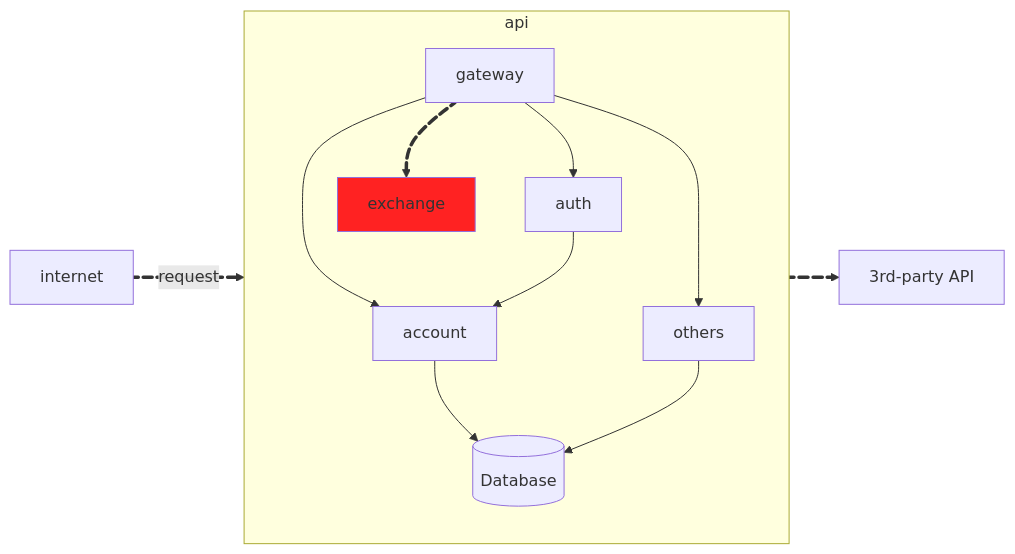
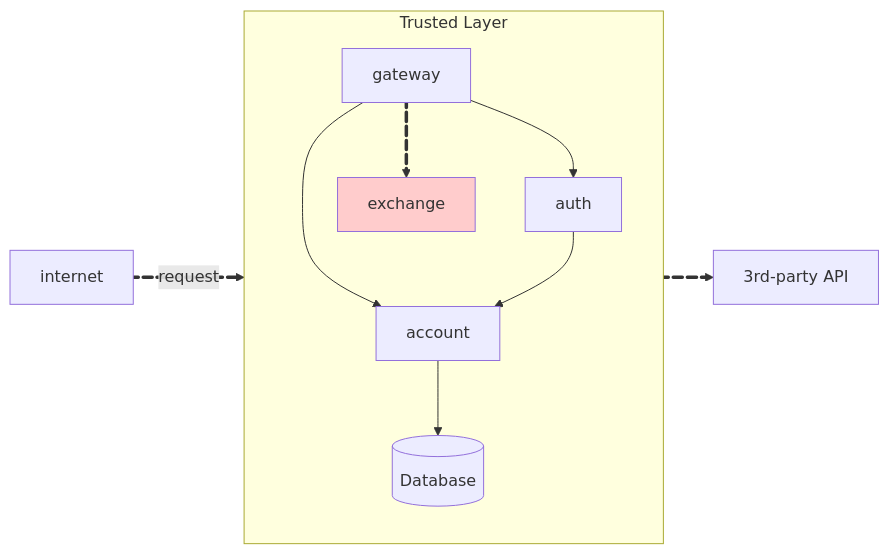
One commit to Gubscruz/platform changed the diagram in docs-humberto/exercises/exercise1.md. Above: the diagram before and after it, drawn with Mermaid. The commit also changed other lines of this file and 82 other files, not shown here.

Commit message:
Exchange api docs + updated fork docs

````diff
--- a/docs-humberto/exercises/exercise1.md
+++ b/docs-humberto/exercises/exercise1.md
@@ -45,20 +45,18 @@
     ``` mermaid
     flowchart LR
-        subgraph api
+        subgraph api [Trusted Layer]
             direction TB
             gateway --> account
             gateway --> auth
-            gateway --> others
             account --> db@{ shape: cyl, label: "Database" }
-            others --> db
             auth --> account
-            gateway e1@==> exchange:::color
+            gateway e1@==> exchange:::red
             e1@{ animate: true }
         end
         exchange e2@==> 3partyapi@{label: "3rd-party API"}
         internet e3@==>|request| gateway
         e2@{ animate: true }
         e3@{ animate: true }
-        classDef color fill:#f22
+        classDef red fill:#fcc
         click exchange "#exchange-api" "Exchange API"
     ```
````
